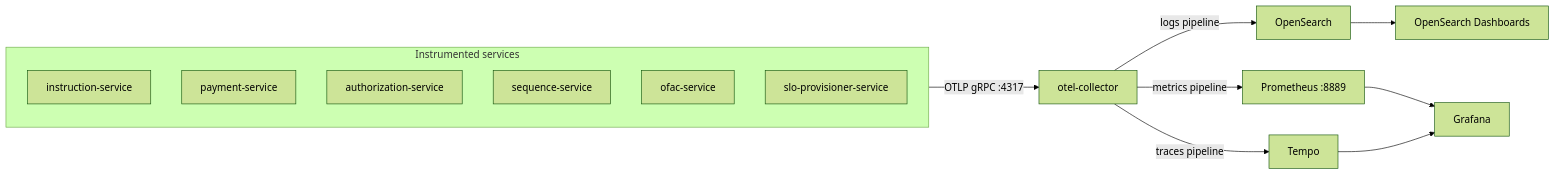
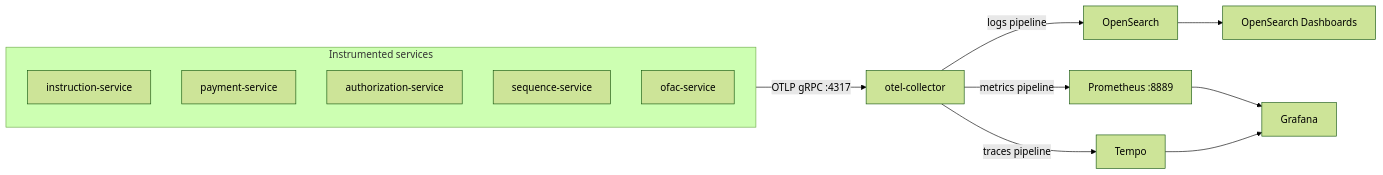
The second of 3 diagrams in README.md (sanjuthomas/observability-mesh), drawn with Mermaid (forest theme) before and after one commit. The commit also changed other lines of this file and 42 other files, not shown here.

First line of the commit message:
Add slo-author-service and GitHub Actions CI.

````diff
--- a/README.md
+++ b/README.md
@@ -55,18 +53,17 @@
 ```mermaid
 flowchart LR
     subgraph Apps[Instrumented services]
         Inst[instruction-service]
         Pay[payment-service]
         Authz[authorization-service]
         Seq[sequence-service]
         OFAC[ofac-service]
-        SLOProv[slo-provisioner-service]
     end
     Apps -->|OTLP gRPC :4317| OTel[otel-collector]
     OTel -->|logs pipeline| OS[OpenSearch]
     OTel -->|metrics pipeline| Prom[Prometheus :8889]
     OTel -->|traces pipeline| Tempo[Tempo]
     Prom --> Grafana[Grafana]
     Tempo --> Grafana
     OS --> OSD[OpenSearch Dashboards]
 ```
````
